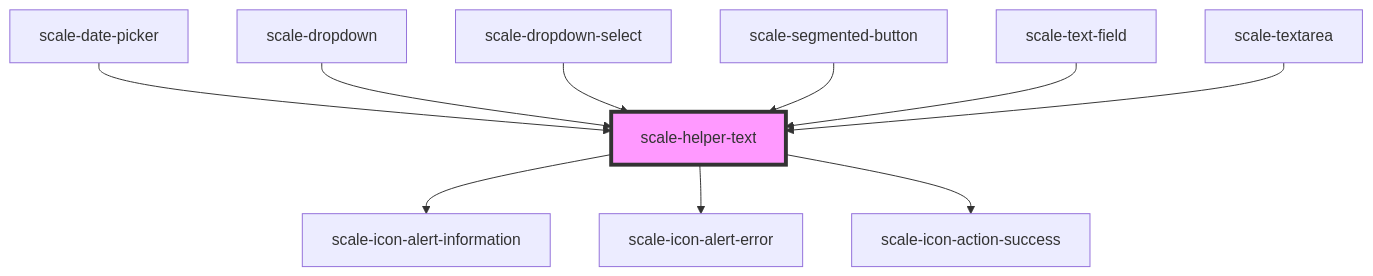
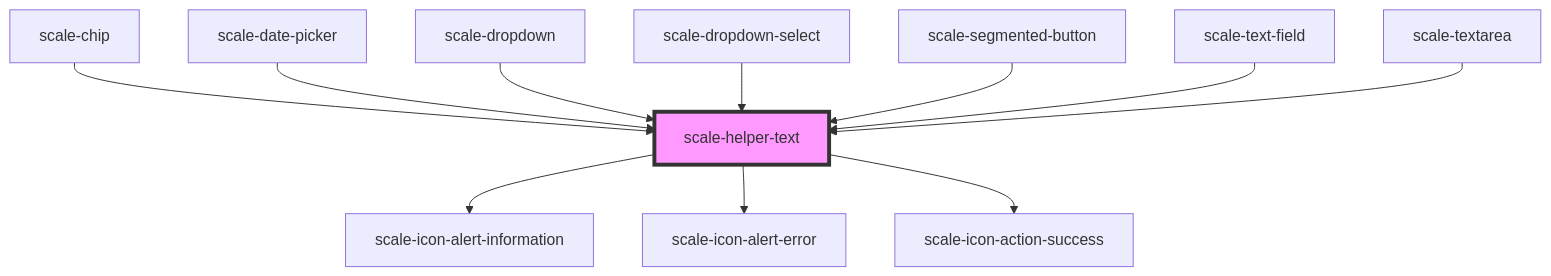
Before and after one commit to telekom/scale: the diagram in packages/components/src/components/helper-text/readme.md, drawn with Mermaid. The commit also changed other lines of this file and 3 other files, not shown here.

````diff
--- a/packages/components/src/components/helper-text/readme.md
+++ b/packages/components/src/components/helper-text/readme.md
@@ -53,13 +54,14 @@
 ```mermaid
 graph TD;
   scale-helper-text --> scale-icon-alert-information
   scale-helper-text --> scale-icon-alert-error
   scale-helper-text --> scale-icon-action-success
+  scale-chip --> scale-helper-text
   scale-date-picker --> scale-helper-text
   scale-dropdown --> scale-helper-text
   scale-dropdown-select --> scale-helper-text
   scale-segmented-button --> scale-helper-text
   scale-text-field --> scale-helper-text
   scale-textarea --> scale-helper-text
   style scale-helper-text fill:#f9f,stroke:#333,stroke-width:4px
 ```
````
